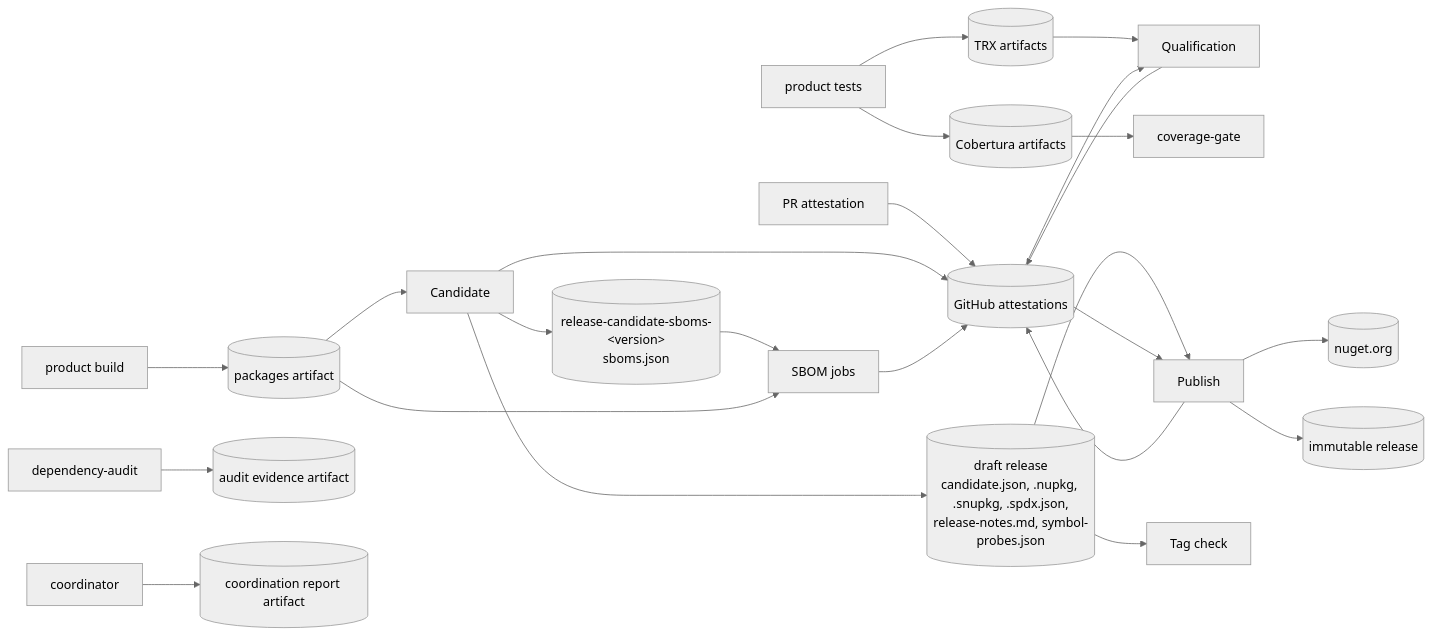
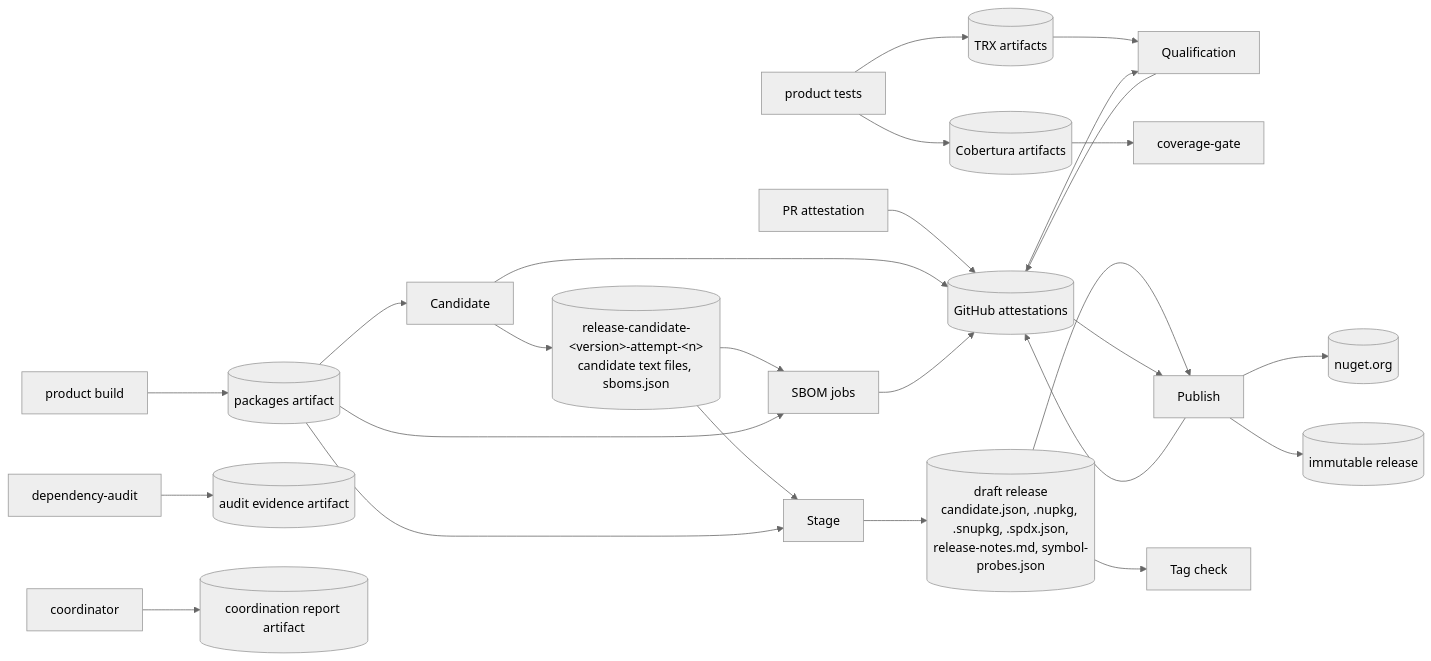
Before and after one commit to doka-labs/workflows: diagram 14 of 19 in docs/overview.md, drawn with Mermaid (neutral theme). The commit also changed other lines of this file and 14 other files, not shown here.

First line of the commit message:
fix(release): keep release reruns from failing or changing a draft (#17)

````diff
--- a/docs/overview.md
+++ b/docs/overview.md
@@ -398,24 +400,26 @@
 ```mermaid
 flowchart LR
   accTitle: Data between jobs
   accDescr: Which artifacts, attestations and release assets pass data from one job to the next.
   build["product build"] --> pa[("packages artifact")] --> cand["Candidate"]
   tests["product tests"] --> trx[("TRX artifacts")] --> qual["Qualification"]
   tests --> cob[("Cobertura artifacts")] --> cov["coverage-gate"]
-  cand --> sa[("release-candidate-sboms-&lt;version&gt;<br/>sboms.json")] --> sbom["SBOM jobs"]
+  cand --> sa[("release-candidate-&lt;version&gt;-attempt-&lt;n&gt;<br/>candidate text files, sboms.json")] --> sbom["SBOM jobs"]
+  sa --> stage["Stage"]
+  pa --> stage
   pa --> sbom
-  cand --> draft[("draft release<br/>candidate.json, .nupkg, .snupkg, .spdx.json,<br/>release-notes.md, symbol-probes.json")]
+  stage --> draft[("draft release<br/>candidate.json, .nupkg, .snupkg, .spdx.json,<br/>release-notes.md, symbol-probes.json")]
   draft --> pub["Publish"]
   draft --> pretag["Tag check"]
   prat["PR attestation"] --> store[("GitHub attestations")]
   qual --> store
   cand --> store
   sbom --> store
   pub --> store
   store --> qual
   store --> pub
   pub --> nuget[("nuget.org")]
   pub --> release[("immutable release")]
   audit["dependency-audit"] --> ev[("audit evidence artifact")]
   coord["coordinator"] --> rep[("coordination report artifact")]
 ```
````
